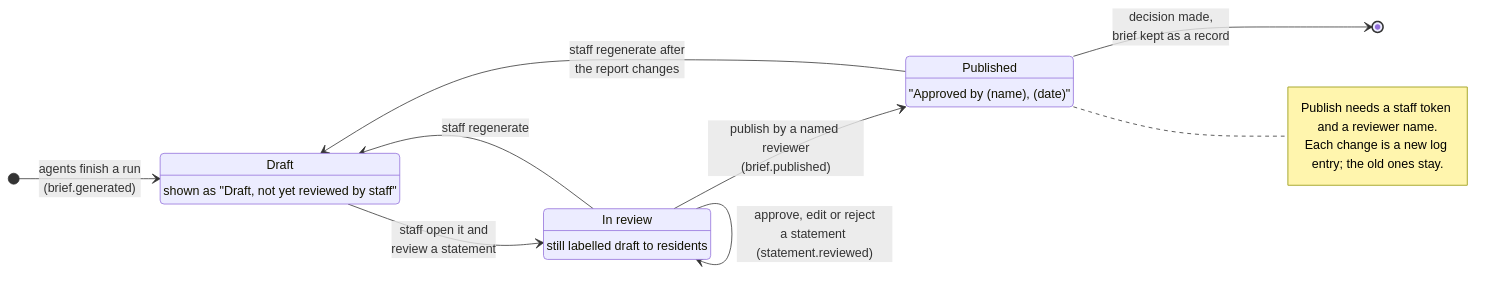
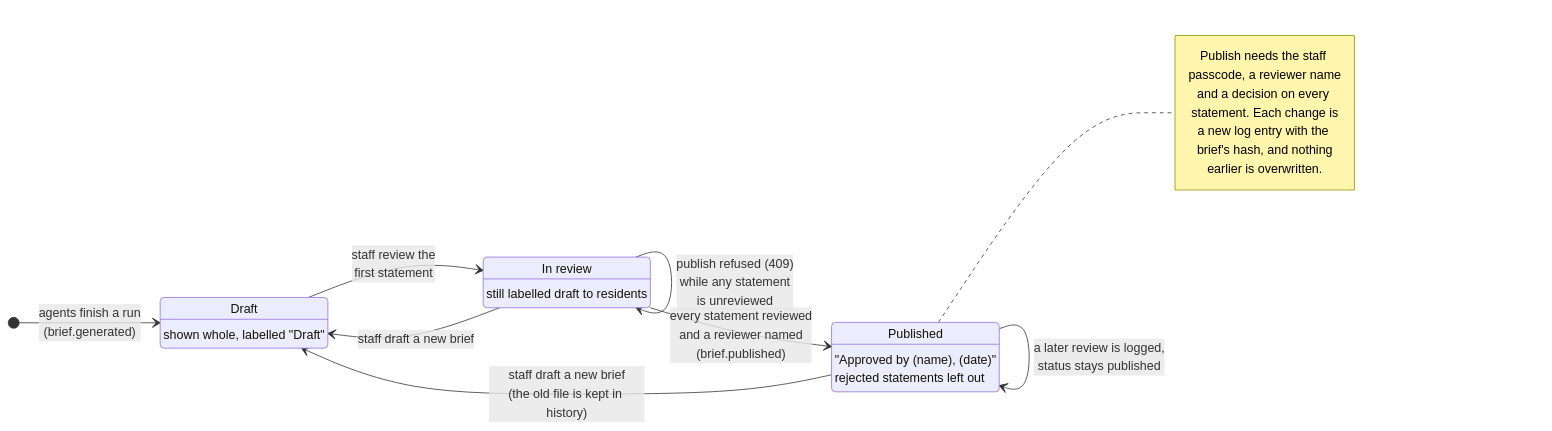
The diagram in docs/uml/state-brief.mmd (RichardLi-1/municipal-agents), drawn with Mermaid before and after one commit. The commit also changed 81 other files, not shown here.

Commit message:
Write the README with screenshots, finish the requirements, UML, architecture, code tour and references, fill the readiness report with measured costs, count housing progress the province's way, and name construction sites by land use instead of businesses

```diff
--- a/docs/uml/state-brief.mmd
+++ b/docs/uml/state-brief.mmd
@@ -1,21 +1,25 @@
-%% State machine of a brief (Brief.review.status).
+%% State machine of a brief (Brief.review.status), as server/routes/staff.ts enforces it.
 stateDiagram-v2
   direction LR
   [*] --> Draft : agents finish a run<br/>(brief.generated)
-  Draft --> InReview : staff open it and<br/>review a statement
+  Draft --> InReview : staff review the<br/>first statement
   InReview --> InReview : approve, edit or reject<br/>a statement (statement.reviewed)
-  InReview --> Published : publish by a named reviewer<br/>(brief.published)
-  Published --> Draft : staff regenerate after<br/>the report changes
-  InReview --> Draft : staff regenerate
-  Published --> [*] : decision made,<br/>brief kept as a record
+  InReview --> Published : every statement reviewed<br/>and a reviewer named<br/>(brief.published)
+  InReview --> InReview : publish refused (409)<br/>while any statement<br/>is unreviewed
+  Published --> Draft : staff draft a new brief<br/>(the old file is kept in history)
+  InReview --> Draft : staff draft a new brief
+  Published --> Published : a later review is logged,<br/>status stays published
 
   Draft : Draft
-  Draft : shown as "Draft, not yet reviewed by staff"
+  Draft : shown whole, labelled "Draft"
   InReview : In review
   InReview : still labelled draft to residents
   Published : Published
   Published : "Approved by (name), (date)"
+  Published : rejected statements left out
   note right of Published
-    Publish needs a staff token and a reviewer name.
-    Each change is a new log entry; the old ones stay.
+    Publish needs the staff passcode, a reviewer name
+    and a decision on every statement. Each change is
+    a new log entry with the brief's hash, and nothing
+    earlier is overwritten.
   end note
```
